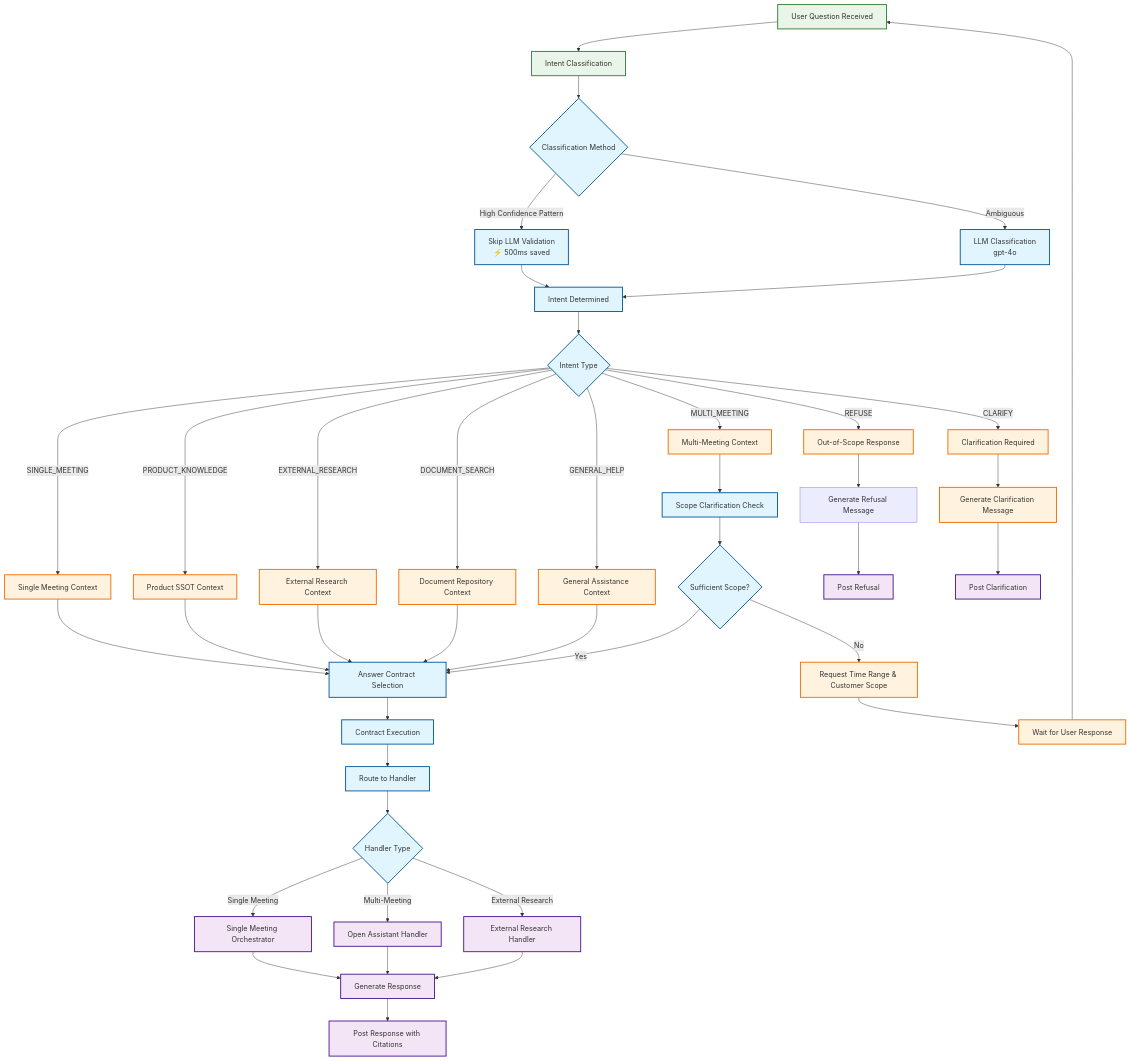
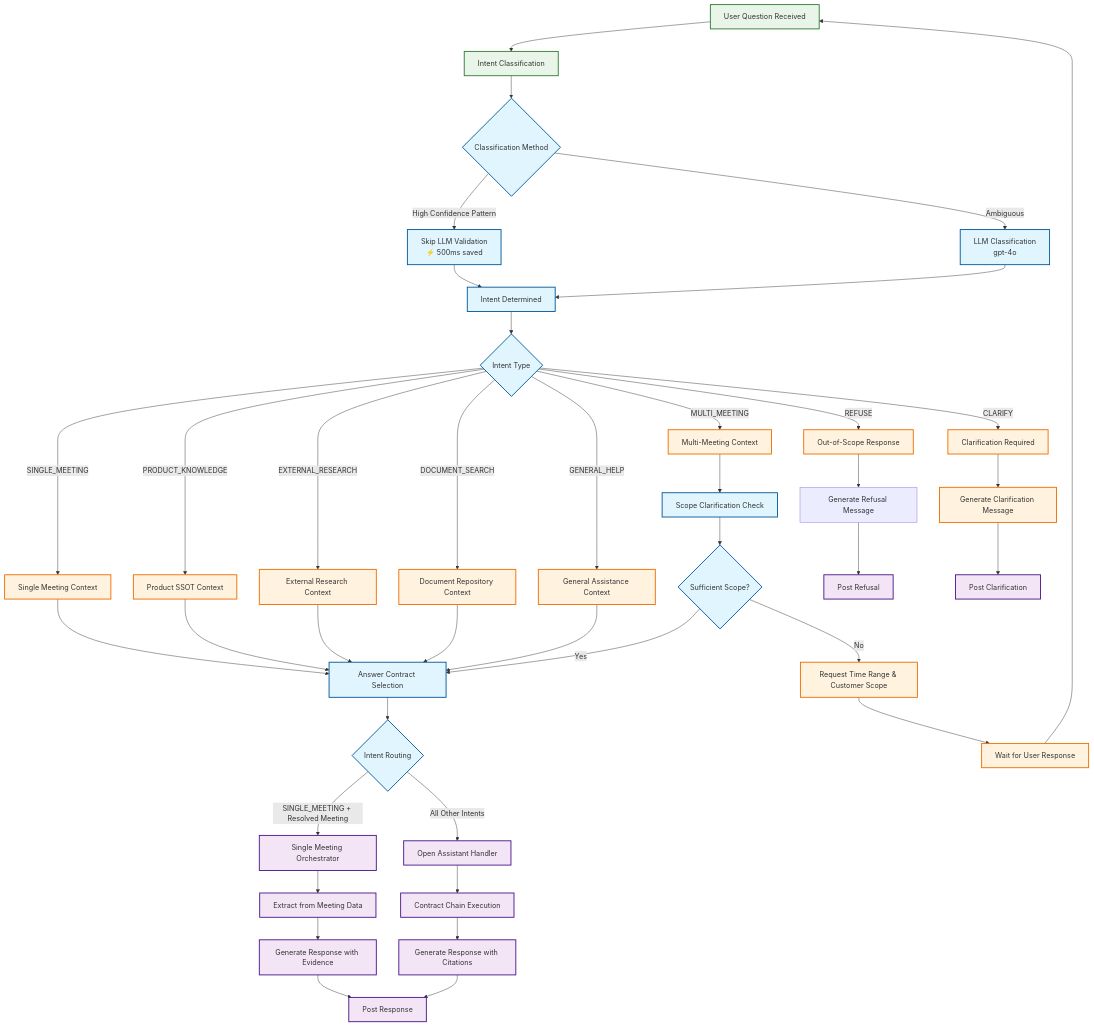
The sixth of 8 diagrams in docs/VISUAL_SYSTEM_DIAGRAMS.md (Ops-Team-Leverege/Mustard), drawn with Mermaid before and after one commit. The commit also changed other lines of this file, not shown here.

First line of the commit message:
Fix visual system diagrams to reflect actual architecture

````diff
--- a/docs/VISUAL_SYSTEM_DIAGRAMS.md
+++ b/docs/VISUAL_SYSTEM_DIAGRAMS.md
@@ -270,61 +282,62 @@
 ```mermaid
 graph TD
     A[User Question Received] --> B[Intent Classification]
     B --> C{Classification Method}
     
     C -->|High Confidence Pattern| D[Skip LLM Validation<br/>⚡ 500ms saved]
     C -->|Ambiguous| E[LLM Classification<br/>gpt-4o]
     
     D --> F[Intent Determined]
     E --> F
     
     F --> G{Intent Type}
     G -->|SINGLE_MEETING| H[Single Meeting Context]
     G -->|MULTI_MEETING| I[Multi-Meeting Context]
     G -->|PRODUCT_KNOWLEDGE| J[Product SSOT Context]
     G -->|EXTERNAL_RESEARCH| K[External Research Context]
     G -->|DOCUMENT_SEARCH| L[Document Repository Context]
     G -->|GENERAL_HELP| M[General Assistance Context]
     G -->|REFUSE| N[Out-of-Scope Response]
     G -->|CLARIFY| O[Clarification Required]
     
     H --> P[Answer Contract Selection]
     I --> Q[Scope Clarification Check]
     J --> P
     K --> P
     L --> P
     M --> P
     N --> R[Generate Refusal Message]
     O --> S[Generate Clarification Message]
     
     Q --> T{Sufficient Scope?}
     T -->|Yes| P
     T -->|No| U[Request Time Range & Customer Scope]
     
-    P --> V[Contract Execution]
-    U --> W[Wait for User Response]
-    W --> A
+    P --> V{Intent Routing}
+    V -->|SINGLE_MEETING + Resolved Meeting| W[Single Meeting Orchestrator]
+    V -->|All Other Intents| X[Open Assistant Handler]
     
-    V --> X[Route to Handler]
-    X --> Y{Handler Type}
-    Y -->|Single Meeting| Z[Single Meeting Orchestrator]
-    Y -->|Multi-Meeting| AA[Open Assistant Handler]
-    Y -->|External Research| BB[External Research Handler]
+    U --> Y[Wait for User Response]
+    Y --> A
     
-    Z --> CC[Generate Response]
-    AA --> CC
-    BB --> CC
+    W --> Z[Extract from Meeting Data]
+    X --> AA[Contract Chain Execution]
+    
+    Z --> BB[Generate Response with Evidence]
+    AA --> CC[Generate Response with Citations]
+    
     R --> DD[Post Refusal]
     S --> EE[Post Clarification]
-    CC --> FF[Post Response with Citations]
+    BB --> FF[Post Response]
+    CC --> FF
     
     classDef input fill:#e8f5e8,stroke:#2e7d32,stroke-width:2px
     classDef decision fill:#e1f5fe,stroke:#01579b,stroke-width:2px
     classDef context fill:#fff3e0,stroke:#ef6c00,stroke-width:2px
     classDef output fill:#f3e5f5,stroke:#4a148c,stroke-width:2px
     
     class A,B input
-    class C,D,E,F,G,P,Q,T,V,X,Y decision
-    class H,I,J,K,L,M,N,O,S,U,W context
-    class Z,AA,BB,CC,DD,EE,FF output
+    class C,D,E,F,G,P,Q,T,V decision
+    class H,I,J,K,L,M,N,O,S,U,Y context
+    class W,X,Z,AA,BB,CC,DD,EE,FF output
 ```
````
